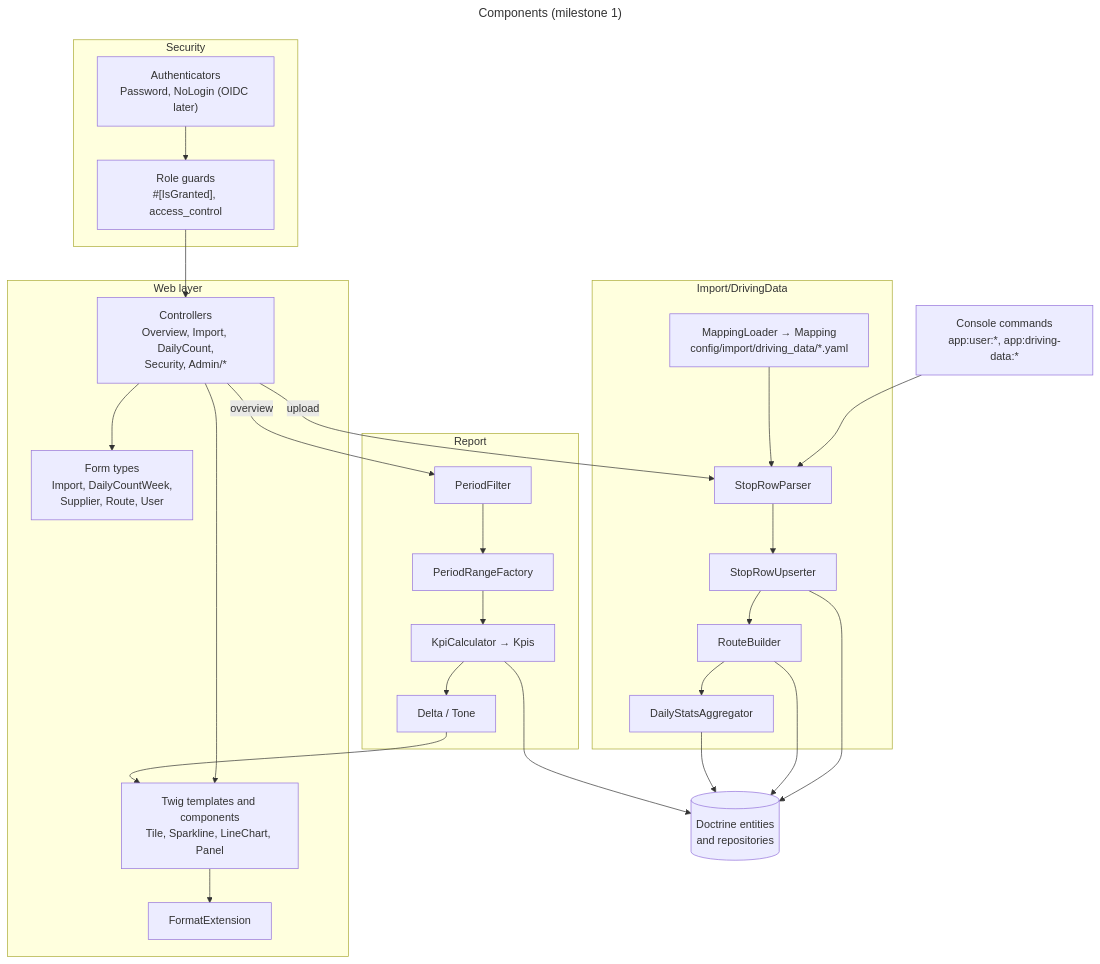
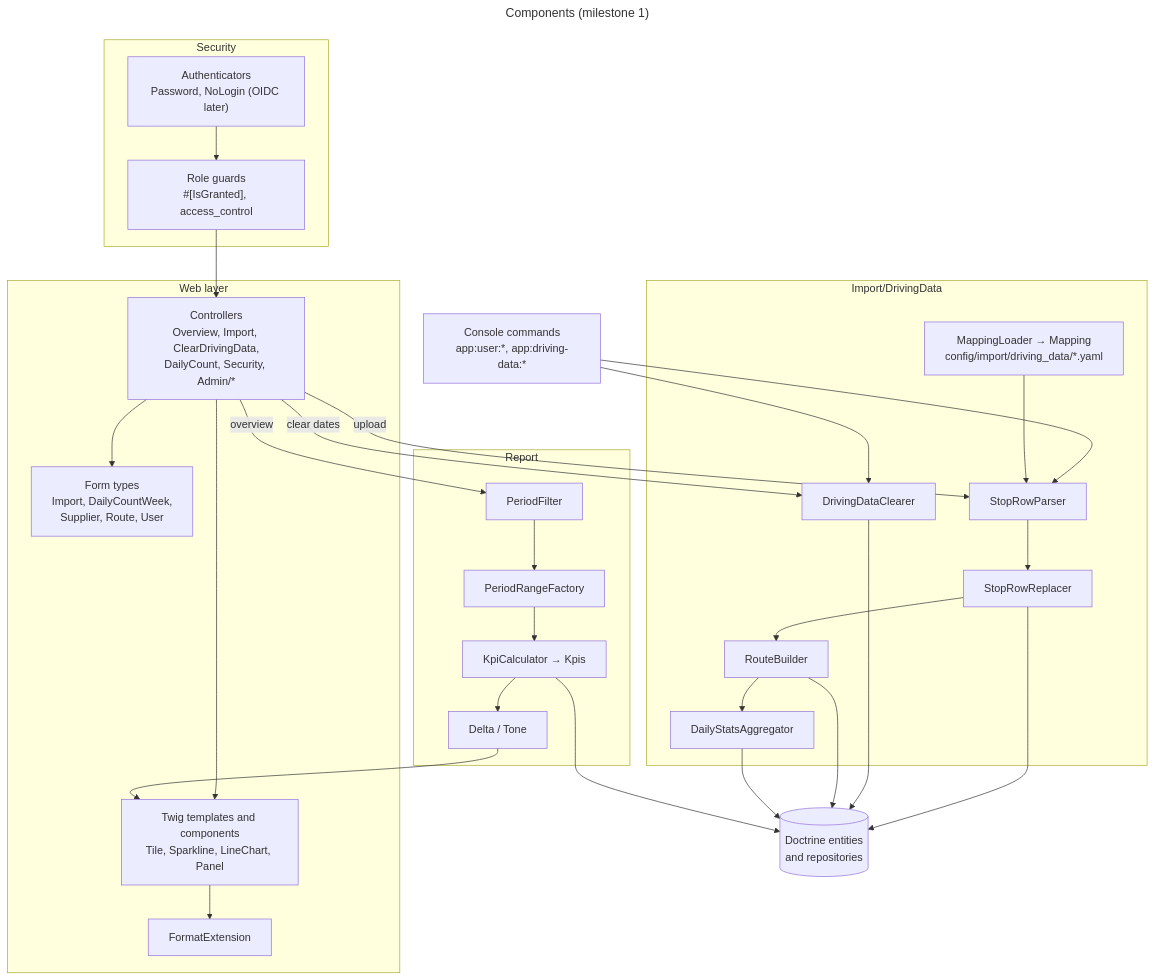
Before and after one commit to itk-dev/koerselsoverblik: the diagram in docs/diagrams/components.mmd, drawn with Mermaid. The commit also changed 11 other files, not shown here.

```diff
--- a/docs/diagrams/components.mmd
+++ b/docs/diagrams/components.mmd
@@ -1,51 +1,55 @@
 ---
 title: Components (milestone 1)
 ---
 flowchart TB
     subgraph web["Web layer"]
-        controllers["Controllers<br/>Overview, Import, DailyCount,<br/>Security, Admin/*"]
+        controllers["Controllers<br/>Overview, Import, ClearDrivingData,<br/>DailyCount, Security, Admin/*"]
         forms["Form types<br/>Import, DailyCountWeek,<br/>Supplier, Route, User"]
         twig["Twig templates and components<br/>Tile, Sparkline, LineChart, Panel"]
         format["FormatExtension"]
     end
 
     subgraph security["Security"]
         authenticators["Authenticators<br/>Password, NoLogin (OIDC later)"]
         guards["Role guards<br/>#[IsGranted], access_control"]
     end
 
     subgraph import["Import/DrivingData"]
         mapping["MappingLoader → Mapping<br/>config/import/driving_data/*.yaml"]
         parser["StopRowParser"]
-        upserter["StopRowUpserter"]
+        replacer["StopRowReplacer"]
         builder["RouteBuilder"]
         aggregator["DailyStatsAggregator"]
+        clearer["DrivingDataClearer"]
     end
 
     subgraph report["Report"]
         filter["PeriodFilter"]
         periods["PeriodRangeFactory"]
         kpi["KpiCalculator → Kpis"]
         delta["Delta / Tone"]
     end
 
     commands["Console commands<br/>app:user:*, app:driving-data:*"]
     repositories[("Doctrine entities<br/>and repositories")]
 
     controllers --> forms
     controllers --> twig
     twig --> format
     guards --> controllers
     authenticators --> guards
 
     controllers -- "upload" --> parser
     commands --> parser
     mapping --> parser
-    parser --> upserter --> builder --> aggregator
-    upserter --> repositories
+    parser --> replacer --> builder --> aggregator
+    replacer --> repositories
+    controllers -- "clear dates" --> clearer
+    commands --> clearer
+    clearer --> repositories
     builder --> repositories
     aggregator --> repositories
 
     controllers -- "overview" --> filter --> periods --> kpi
     kpi --> repositories
     kpi --> delta --> twig
```
